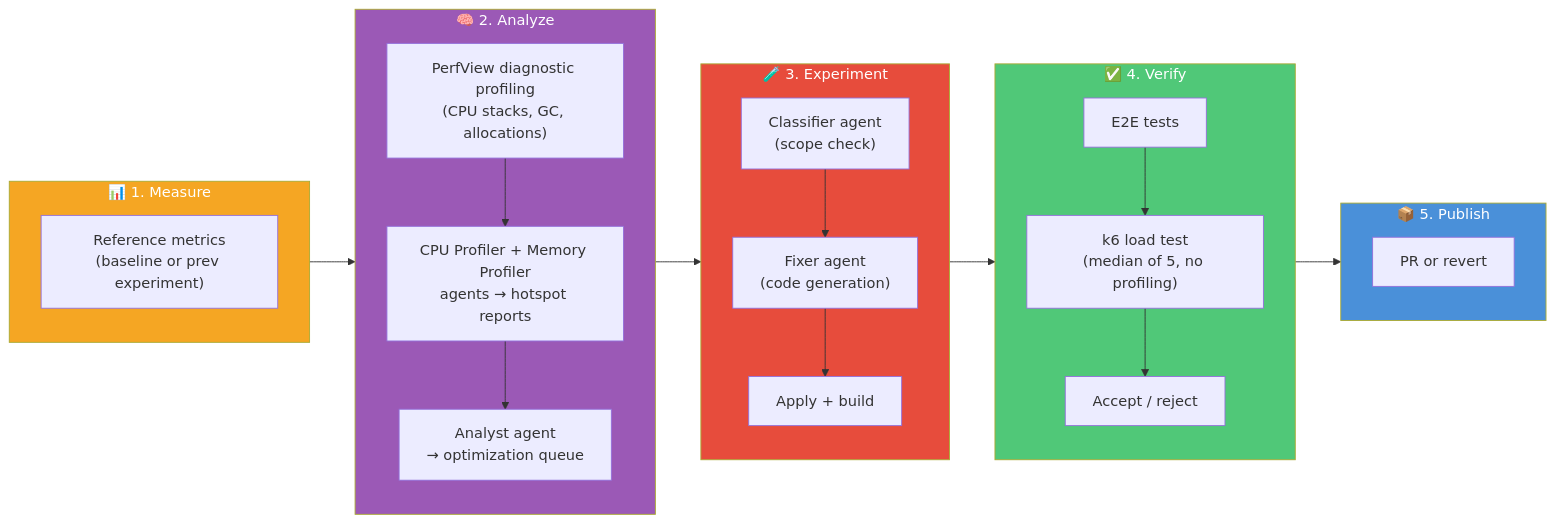
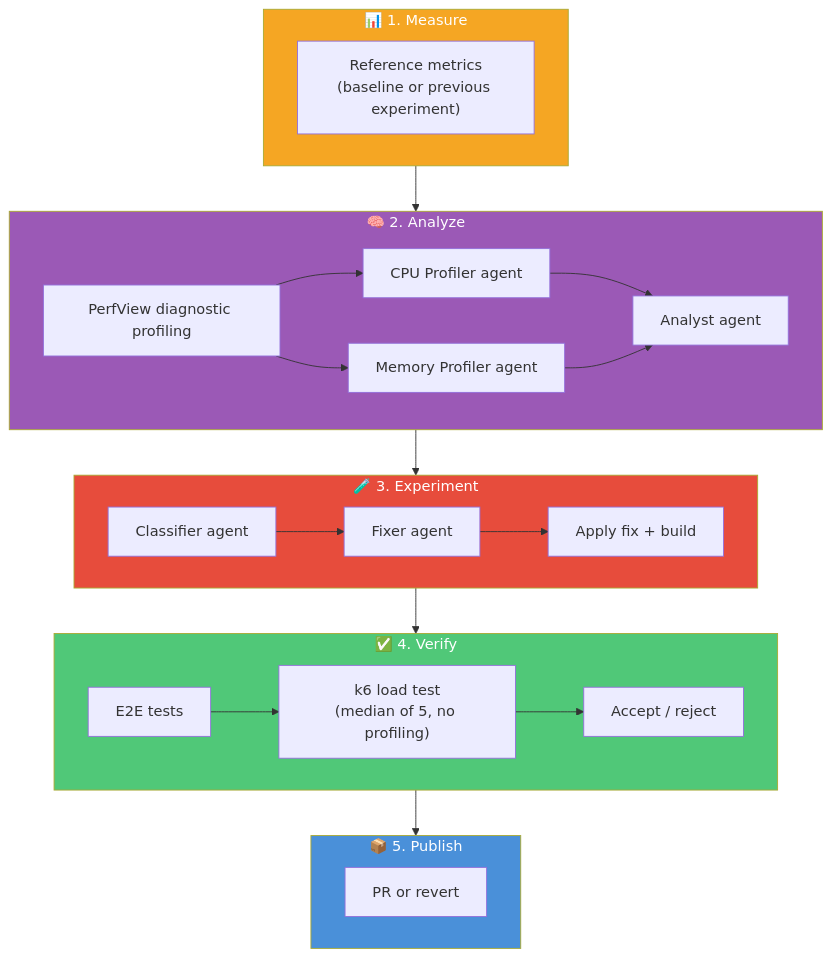
Before and after one commit to J-Bax/Hone: the first of 2 diagrams in docs/architecture.md, drawn with Mermaid.

Commit message:
docs: vertical diagram with separate boxes per component
Switch from LR to TD layout. Split combined labels into individual
nodes (CPU Profiler and Memory Profiler as separate boxes, etc.)
so text isn't truncated in narrow viewports.

````diff
--- a/docs/architecture.md
+++ b/docs/architecture.md
@@ -25,41 +25,43 @@
 ```mermaid
-flowchart LR
+flowchart TD
     subgraph MEASURE["📊 1. Measure"]
-        direction TB
-        M1["Reference metrics<br/>(baseline or prev experiment)"]
+        M1["Reference metrics\n(baseline or previous experiment)"]
     end
 
     subgraph ANALYZE["🧠 2. Analyze"]
-        direction TB
-        A1["PerfView diagnostic profiling<br/>(CPU stacks, GC, allocations)"]
-        A1 --> A2["CPU Profiler + Memory Profiler<br/>agents → hotspot reports"]
-        A2 --> A3["Analyst agent<br/>→ optimization queue"]
+        A1["PerfView diagnostic profiling"]
+        A2["CPU Profiler agent"]
+        A3["Memory Profiler agent"]
+        A4["Analyst agent"]
+        A1 --> A2
+        A1 --> A3
+        A2 --> A4
+        A3 --> A4
     end
 
     subgraph EXPERIMENT["🧪 3. Experiment"]
-        direction TB
-        E1["Classifier agent<br/>(scope check)"]
-        E1 --> E2["Fixer agent<br/>(code generation)"]
-        E2 --> E3["Apply + build"]
+        E1["Classifier agent"]
+        E2["Fixer agent"]
+        E3["Apply fix + build"]
+        E1 --> E2 --> E3
     end
 
     subgraph VERIFY["✅ 4. Verify"]
-        direction TB
         V1["E2E tests"]
-        V1 --> V2["k6 load test<br/>(median of 5, no profiling)"]
-        V2 --> V3["Accept / reject"]
+        V2["k6 load test\n(median of 5, no profiling)"]
+        V3["Accept / reject"]
+        V1 --> V2 --> V3
     end
 
     subgraph PUBLISH["📦 5. Publish"]
-        direction TB
         P1["PR or revert"]
     end
 
     MEASURE --> ANALYZE --> EXPERIMENT --> VERIFY --> PUBLISH
 
     style MEASURE fill:#f5a623,color:#fff
     style ANALYZE fill:#9b59b6,color:#fff
     style EXPERIMENT fill:#e74c3c,color:#fff
     style VERIFY fill:#50c878,color:#fff
     style PUBLISH fill:#4a90d9,color:#fff
 ```
````
